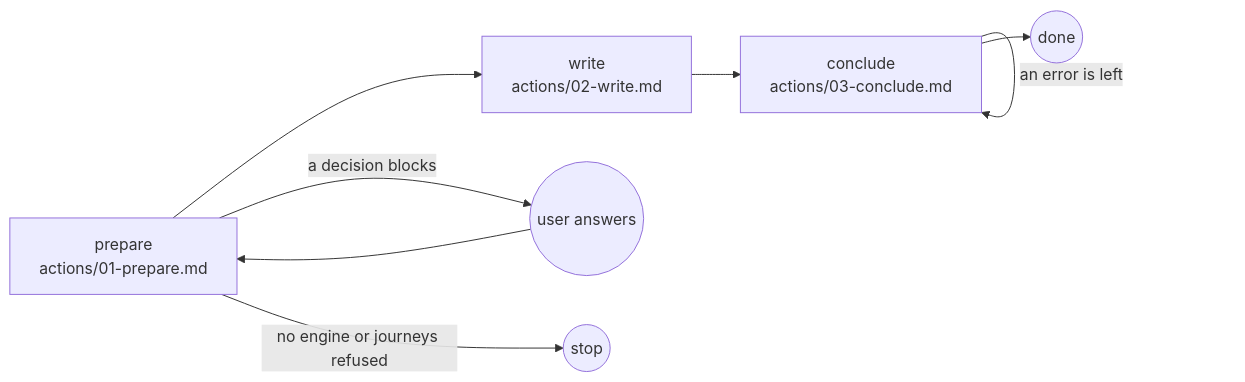
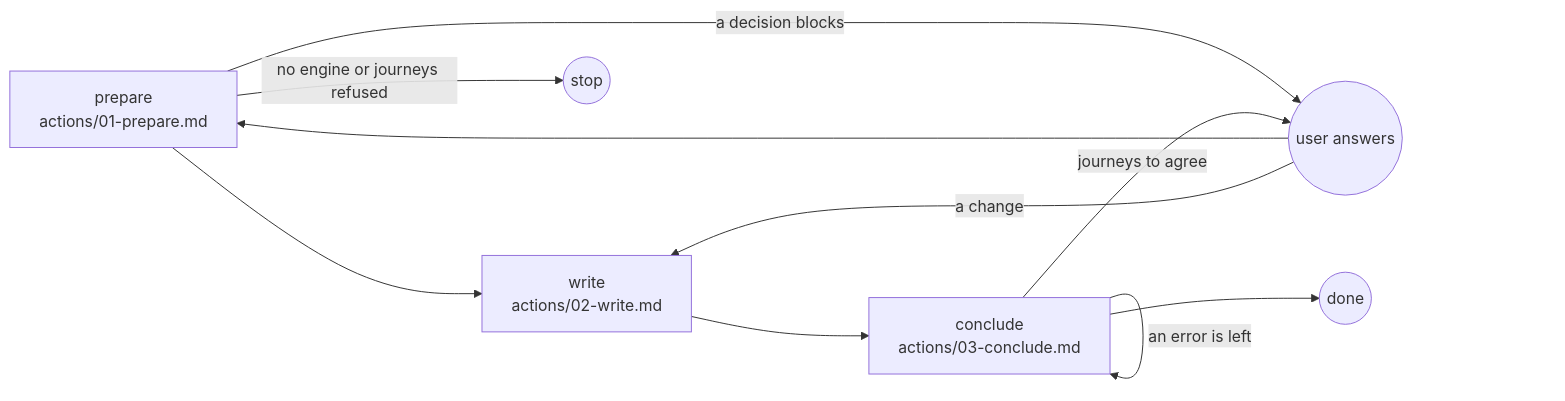
The diagram in plugins/aidd-ui/skills/01-journeys/SKILL.md (ai-driven-dev/framework), drawn with Mermaid before and after one commit. The commit also changed 2 other files, not shown here.

Commit message:
fix(aidd-ui): have the journeys skill ask the person to agree, then publish each journey
Conclude now asks the person to agree with each journey still proposed, publishes
the agreed ones, and reworks first when they want a change. A journey no longer
stays proposed with nothing able to validate it.

Claude-Session: https://claude.ai/code/session_01XeK3mCnW2gSiLQf9rjZA2q

````diff
--- a/plugins/aidd-ui/skills/01-journeys/SKILL.md
+++ b/plugins/aidd-ui/skills/01-journeys/SKILL.md
@@ -10,10 +10,12 @@
 ```mermaid
 flowchart LR
   prepare["prepare<br>actions/01-prepare.md"] --> write["write<br>actions/02-write.md"]
   write --> conclude["conclude<br>actions/03-conclude.md"]
   prepare -->|"a decision blocks"| user((user answers))
   user --> prepare
   conclude -->|"an error is left"| conclude
+  conclude -->|"journeys to agree"| user
+  user -->|"a change"| write
   conclude --> done((done))
   prepare -->|"no engine or journeys refused"| stop((stop))
 ```
````
